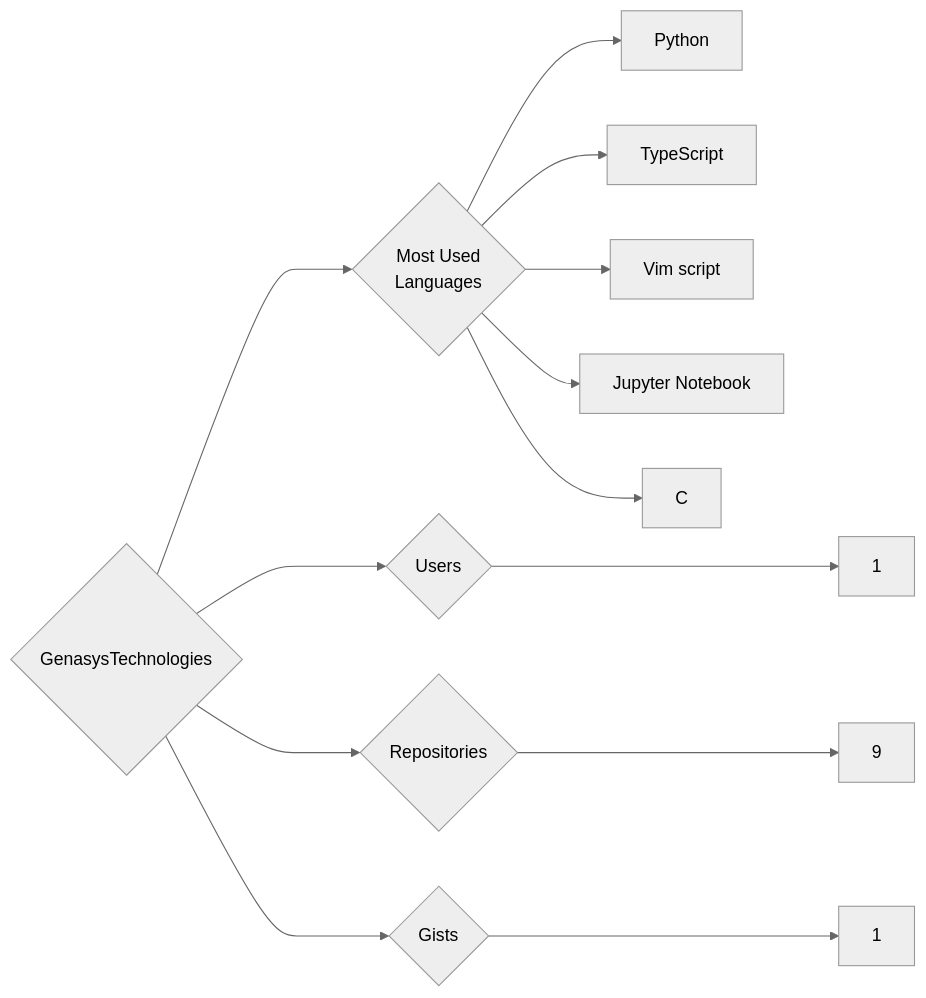
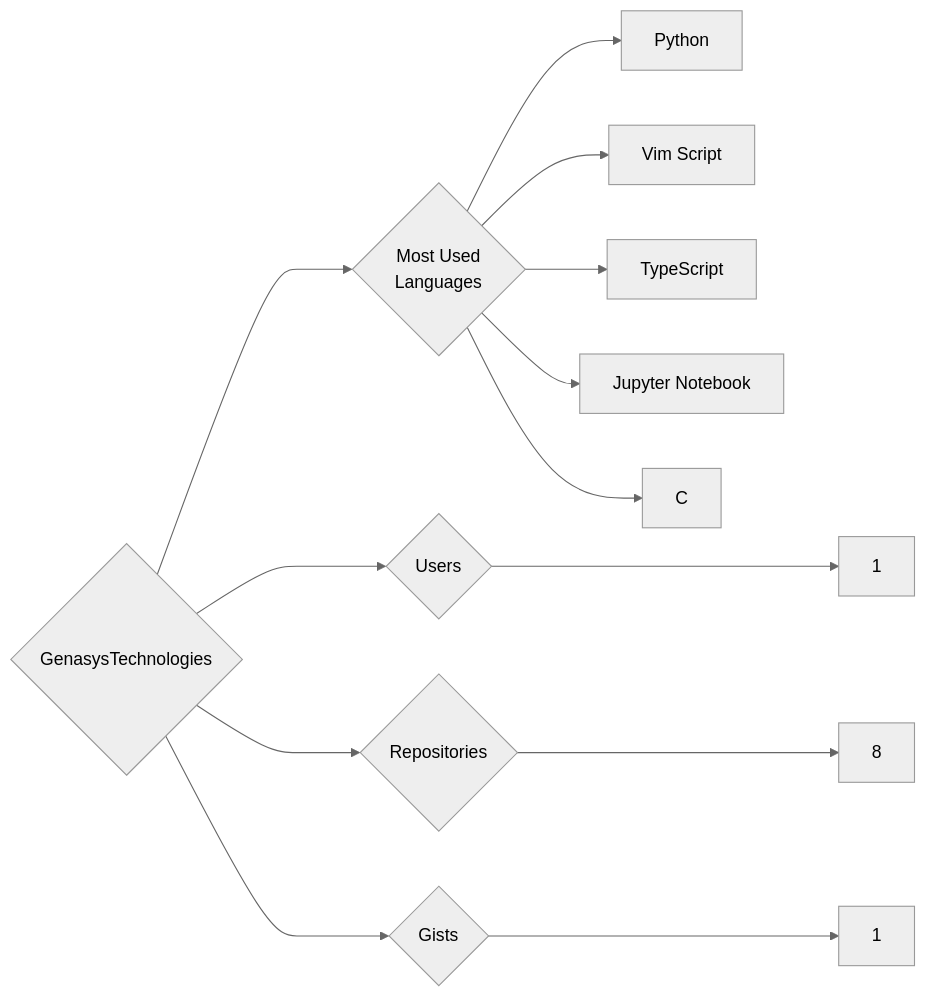
One commit to trickest/insiders changed the diagram in targets/GenasysTechnologies/README.md. Above: the diagram before and after it, drawn with Mermaid (neutral theme). The commit also changed 837 other files, not shown here.

````diff
--- a/targets/GenasysTechnologies/README.md
+++ b/targets/GenasysTechnologies/README.md
@@ -3,13 +3,13 @@
 ```mermaid
 graph LR
 COMPANY_NAME{GenasysTechnologies}
 COMPANY_NAME ---> U{Users} ---> UN[1]
-COMPANY_NAME ---> R{Repositories} ---> RN[9]
+COMPANY_NAME ---> R{Repositories} ---> RN[8]
 COMPANY_NAME ---> G{Gists} ---> GN[1]
 COMPANY_NAME ---> ML{Most Used<br>Languages}
 ML --> Python[Python]
+ML --> Vim_Script[Vim Script]
 ML --> TypeScript[TypeScript]
-ML --> Vim_script[Vim script]
 ML --> Jupyter_Notebook[Jupyter Notebook]
 ML --> C[C]
 ```
````
